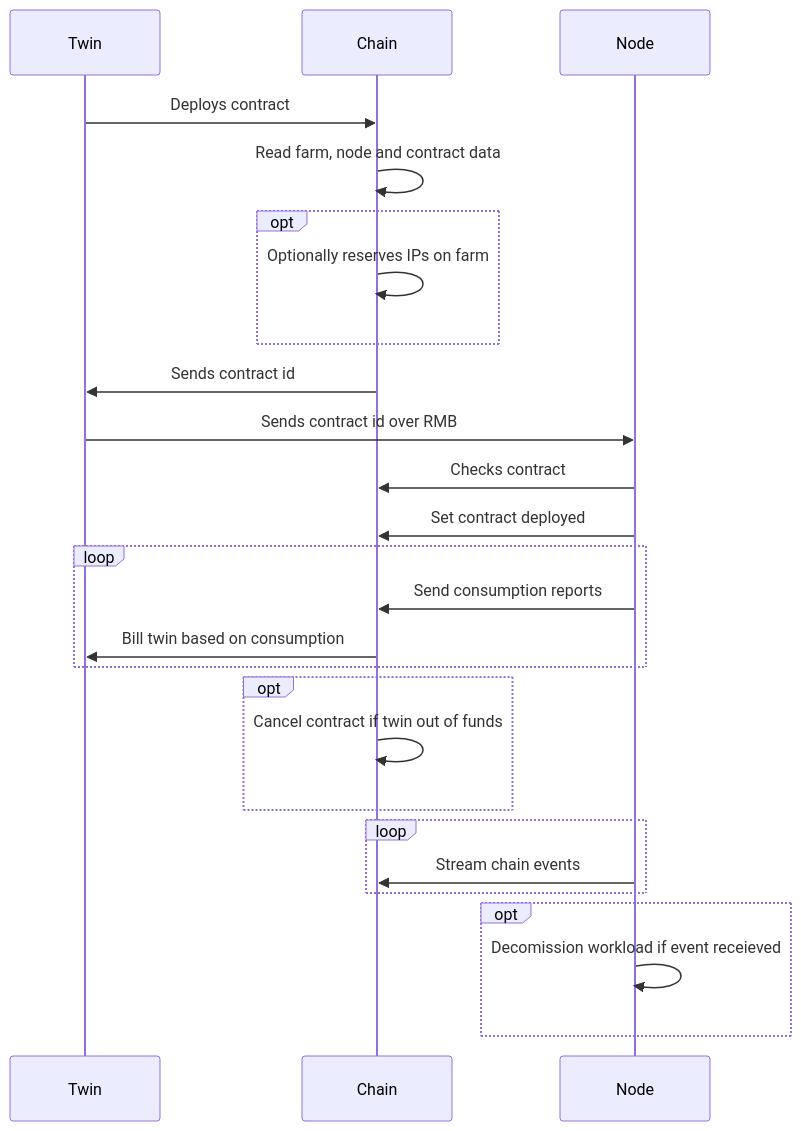
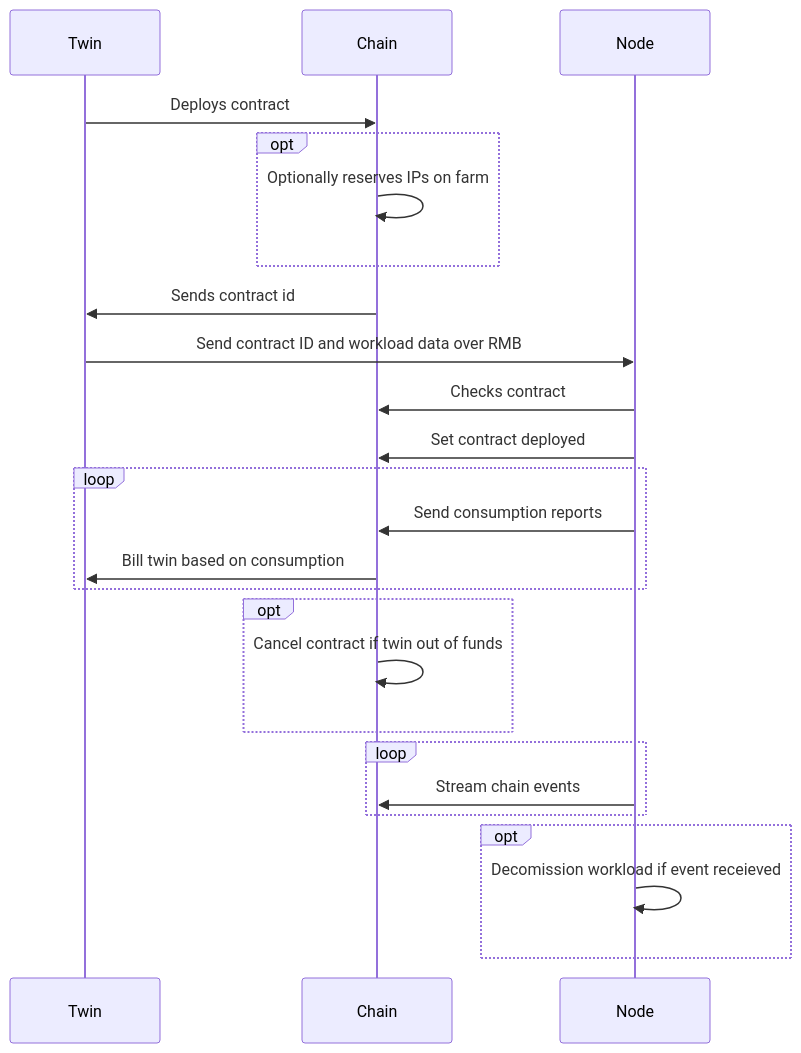
The diagram in pallet-smart-contract/flow.md (threefoldtecharchive/tfchain_pallets), drawn with Mermaid before and after one commit. The commit also changed 2 other files, not shown here.

Commit message:
add contract update method

````diff
--- a/pallet-smart-contract/flow.md
+++ b/pallet-smart-contract/flow.md
@@ -1,25 +1,24 @@
 ```mermaid
 sequenceDiagram
     Twin->>Chain: Deploys contract
-    Chain->>Chain: Read farm, node and contract data
     opt
     Chain->>Chain: Optionally reserves IPs on farm
     end
     Chain->>Twin: Sends contract id
-    Twin->>Node: Sends contract id over RMB
+    Twin->>Node: Send contract ID and workload data over RMB
     Node->>Chain: Checks contract
     Node->>Chain: Set contract deployed
     loop
     Node->>Chain: Send consumption reports
     Chain->>Twin: Bill twin based on consumption
     end
     opt
     Chain->>Chain: Cancel contract if twin out of funds
     end
     loop
     Node->>Chain: Stream chain events
     end
     opt
     Node->>Node: Decomission workload if event receieved
     end
 ```
````
